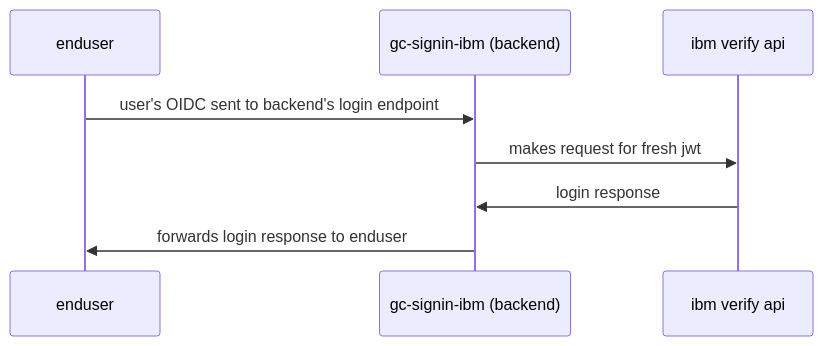
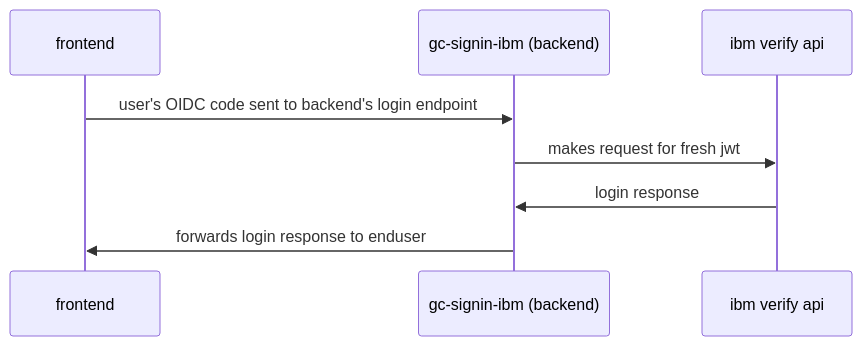
The diagram in docs/oidc login flow.mermaid (cds-snc/canadalogin-user-selfservice-webapp), drawn with Mermaid before and after one commit. The commit also changed 3 other files, not shown here.

```diff
--- a/docs/oidc login flow.mermaid
+++ b/docs/oidc login flow.mermaid
@@ -1,8 +1,8 @@
 sequenceDiagram
-    participant enduser
+    participant frontend
     participant gc-signin-ibm (backend)
     participant ibm verify api
-    enduser->>gc-signin-ibm (backend): user's OIDC sent to backend's login endpoint   
+    frontend->>gc-signin-ibm (backend): user's OIDC code sent to backend's login endpoint   
     gc-signin-ibm (backend)->>ibm verify api: makes request for fresh jwt
     ibm verify api->>gc-signin-ibm (backend): login response
-    gc-signin-ibm (backend)->>enduser: forwards login response to enduser
+    gc-signin-ibm (backend)->>frontend: forwards login response to enduser
```
